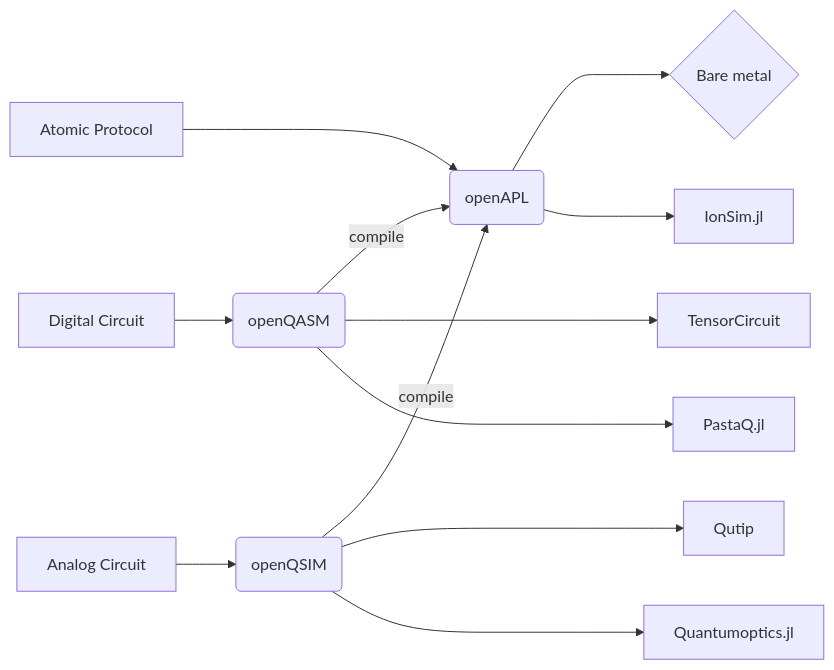
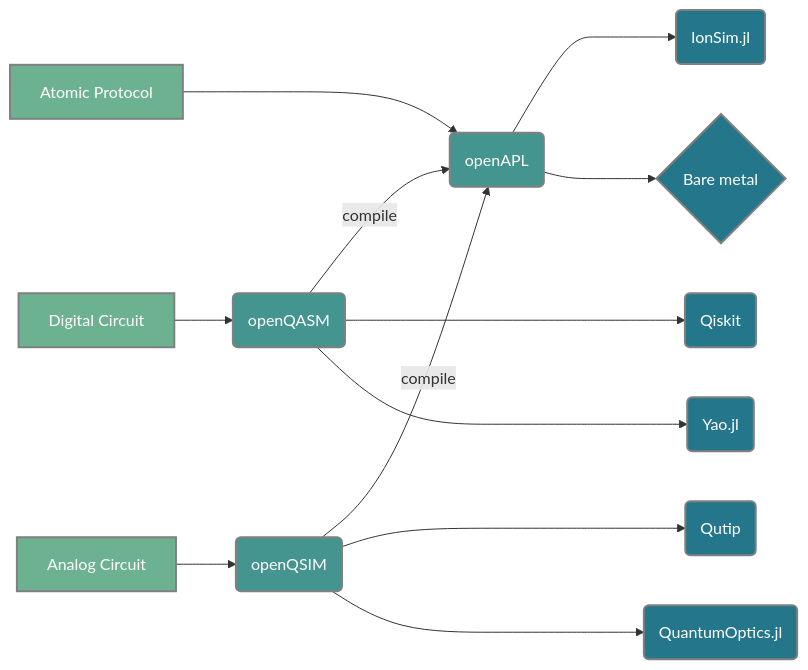
One commit to SeivenBell/oqd-core changed the diagram in docs/index.md. Above: the diagram before and after it, drawn with Mermaid. The commit also changed other lines of this file and 21 other files, not shown here.

````diff
--- a/docs/index.md
+++ b/docs/index.md
@@ -11,19 +20,30 @@
 ```mermaid
 flowchart LR
-    Digital[Digital Circuit] --> openQASM(openQASM) 
-    
-    Analog[Analog Circuit] --> openQSIM(openQSIM)
-    Atomic[Atomic Protocol] ---> openAPL(openAPL)
+
+    Digital[<font color=white> Digital Circuit] --> openQASM(<font color=white> openQASM)
+    Analog[<font color=white> Analog Circuit] --> openQSIM(<font color=white> openQSIM)
+    Atomic[<font color=white> Atomic Protocol] ---> openAPL(<font color=white> openAPL)
   
     openQSIM --> |compile| openAPL
     openQASM --> |compile| openAPL
 
-    openQSIM ----> Qutip
-    openQSIM ----> Quantumoptics.jl
+    openQSIM ----> Qutip(<font color=white> Qutip)
+    openQSIM ----> Quantumoptics(<font color=white> QuantumOptics.jl)
 
-    openQASM ----> TensorCircuit
-    openQASM ----> PastaQ.jl
+    openQASM ----> Qiskit(<font color=white> Qiskit)
+    openQASM ----> Yao(<font color=white> Yao.jl)
+
+    openAPL ---> IonSim(<font color=white> IonSim.jl)
+    openAPL ---> Hardware{<font color=white> Bare metal}
     
-    openAPL ---> Hardware{Bare metal}
-    openAPL ---> IonSim.jl
+    classDef Interfaces fill:#6db290,stroke:#808080,stroke-width:2px;
+    class Digital,Analog,Atomic Interfaces;
+    
+    classDef IRs fill:#44948f,stroke:#808080,stroke-width:2px;
+    class openQASM,openQSIM,openAPL IRs;
+
+    classDef Backends fill:#24768b,stroke:#808080,stroke-width:2px;
+    class Qutip,Quantumoptics,Yao,Qiskit,IonSim,Hardware Backends;
+    
+
 ```
````
